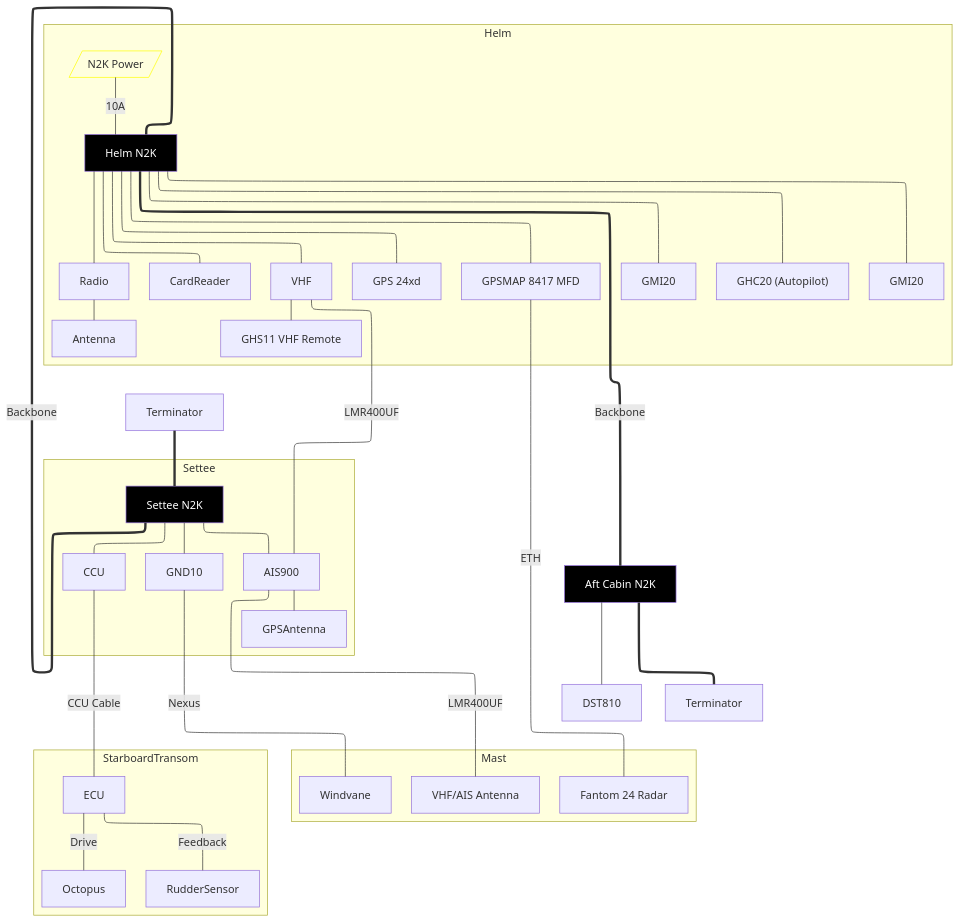
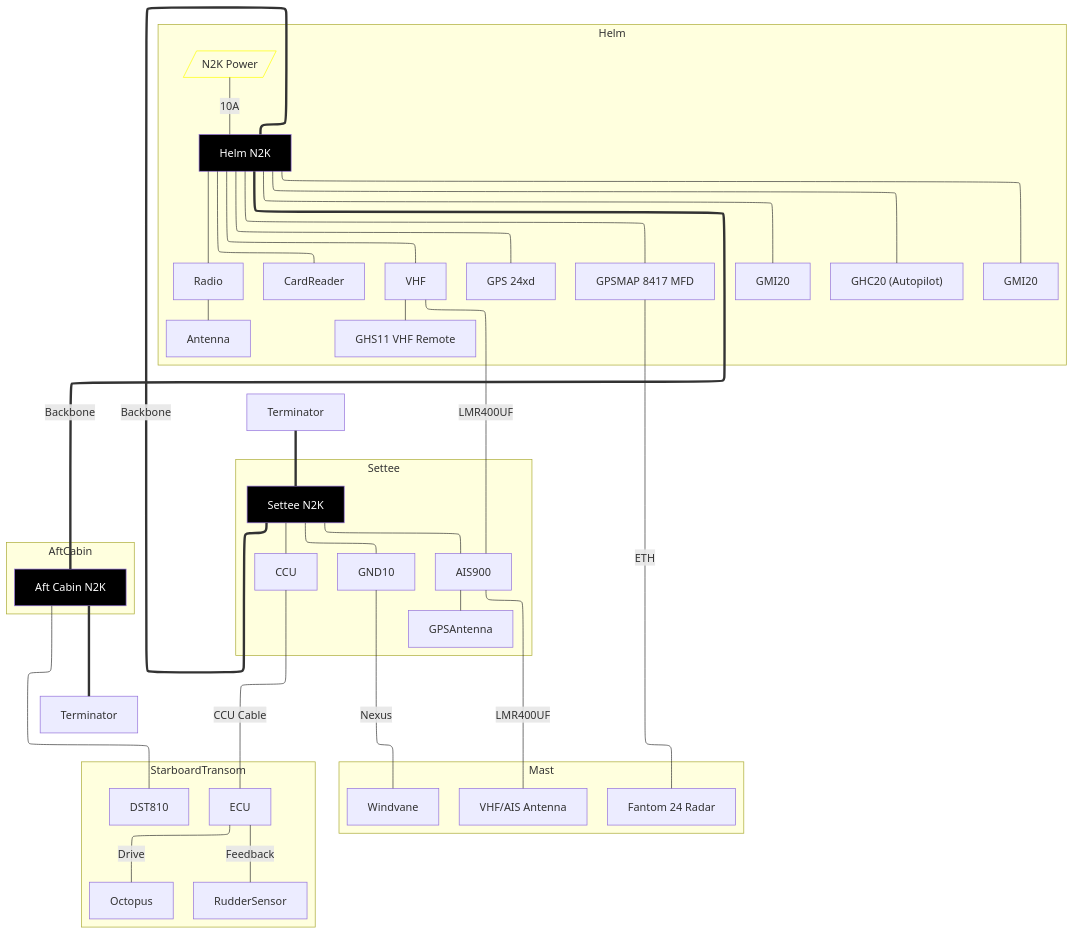
The diagram in owners_manual/Garmin.md (dcoon/svharmony), drawn with Mermaid before and after one commit.

Commit message:
vault backup: 2023-12-30 08:00:09

````diff
--- a/owners_manual/Garmin.md
+++ b/owners_manual/Garmin.md
@@ -2,51 +2,56 @@
 ```mermaid
 
 flowchart-elk TB
 
 classDef N2K fill:black
 classDef Power stroke:yellow,fill:none
 
 subgraph Mast
     Antenna["VHF/AIS Antenna"]
     Radar["Fantom 24 Radar"]:::Garmin
     Windvane
 end
 
 subgraph Helm
 	MFD["GPSMAP 8417 MFD"]:::Garmin
 	MFD ---|ETH| Radar
 	CockpitN2K[<font color=white>Helm N2K]:::N2K
 	Power[/N2K Power/]:::Power ---|10A| CockpitN2K
 	CockpitN2K --- MFD
 	CockpitN2K --- GMI201["GMI20"]
 	CockpitN2K --- GMI202["GMI20"]
 	CockpitN2K --- GHC20["GHC20 (Autopilot)"]
 	CockpitN2K --- GPS["GPS 24xd"]
 	CockpitN2K --- CardReader
 	CockpitN2K --- Radio --- AMFMAntenna["Antenna"]
 	CockpitN2K --- VHF
 	VHF --- VHFRemote["GHS11 VHF Remote"]
 end
 
 subgraph Settee
 	SalonN2K[<font color=white>Settee N2K]:::N2K
 	SalonN2K --- AIS["AIS900"]
 	AIS --- GPSAntenna
 	SalonN2K --- GND10:::Garmin ---|Nexus| Windvane
 	SalonN2K --- CCU
 	VHF ---|LMR400UF| AIS["AIS900"] ---|LMR400UF| Antenna
 end
 
+subgraph AftCabin
+	StarboardN2K[<font color=white>Aft Cabin N2K]:::N2K
+end
+
 subgraph StarboardTransom
 	CCU ---|CCU Cable| ECU
 	ECU ---|Drive| Octopus
 	ECU ---|Feedback| RudderSensor
+	StarboardN2K --- DST810
 end
 
-StarboardN2K[<font color=white>Aft Cabin N2K]:::N2K
-StarboardN2K --- DST810
+
+
 
 T1["Terminator"] === SalonN2K ===|Backbone| CockpitN2K ===|Backbone| StarboardN2K === T2["Terminator"]
 
 
 ```
````
